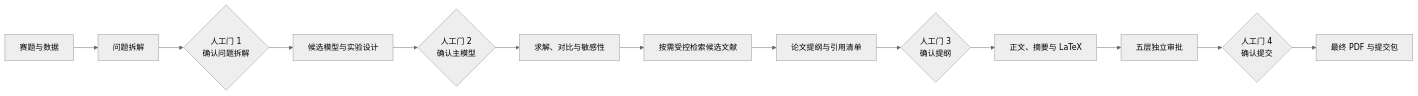
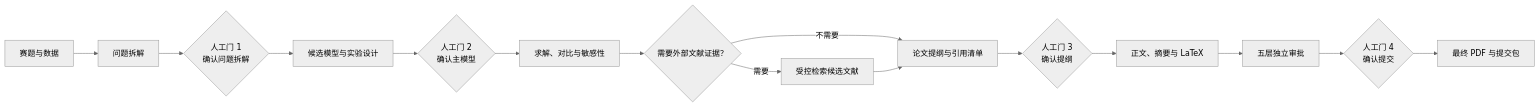
The second of 2 diagrams in docs/superpowers/specs/2026-08-21-cumcm-workbench-design.md (1Yuuuuuuu/math_model), drawn with Mermaid (neutral theme) before and after one commit. The commit also changed 2 other files, not shown here.

Commit message:
docs: strengthen paper roadmap verification

````diff
--- a/docs/superpowers/specs/2026-08-21-cumcm-workbench-design.md
+++ b/docs/superpowers/specs/2026-08-21-cumcm-workbench-design.md
@@ -107,15 +107,17 @@
 ```mermaid
 flowchart LR
     A["赛题与数据"] --> B["问题拆解"]
     B --> G1{"人工门 1\n确认问题拆解"}
     G1 --> C["候选模型与实验设计"]
     C --> G2{"人工门 2\n确认主模型"}
     G2 --> D["求解、对比与敏感性"]
-    D --> L["按需受控检索候选文献"]
+    D --> LD{"需要外部文献证据？"}
+    LD -->|需要| L["受控检索候选文献"]
+    LD -->|不需要| E["论文提纲与引用清单"]
     L --> E["论文提纲与引用清单"]
     E --> G3{"人工门 3\n确认提纲"}
     G3 --> F["正文、摘要与 LaTeX"]
     F --> H["五层独立审批"]
     H --> G4{"人工门 4\n确认提交"}
     G4 --> I["最终 PDF 与提交包"]
 ```
````
